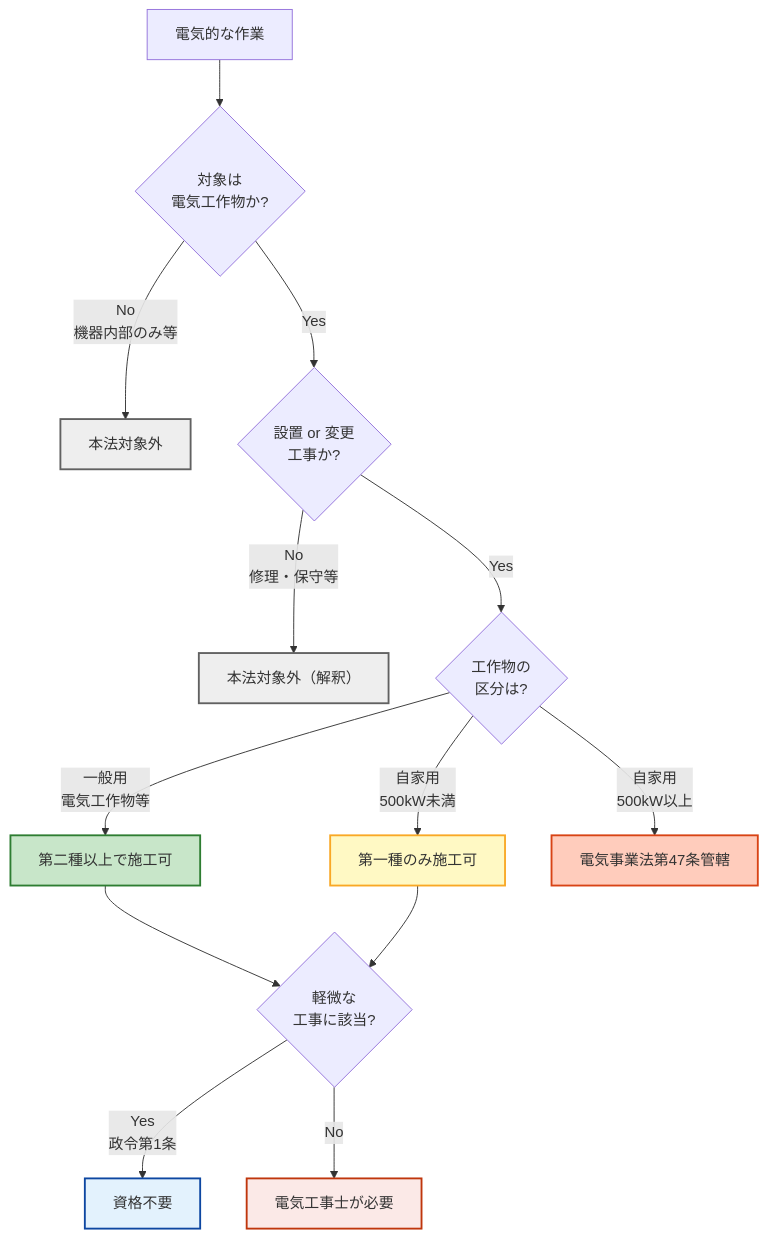
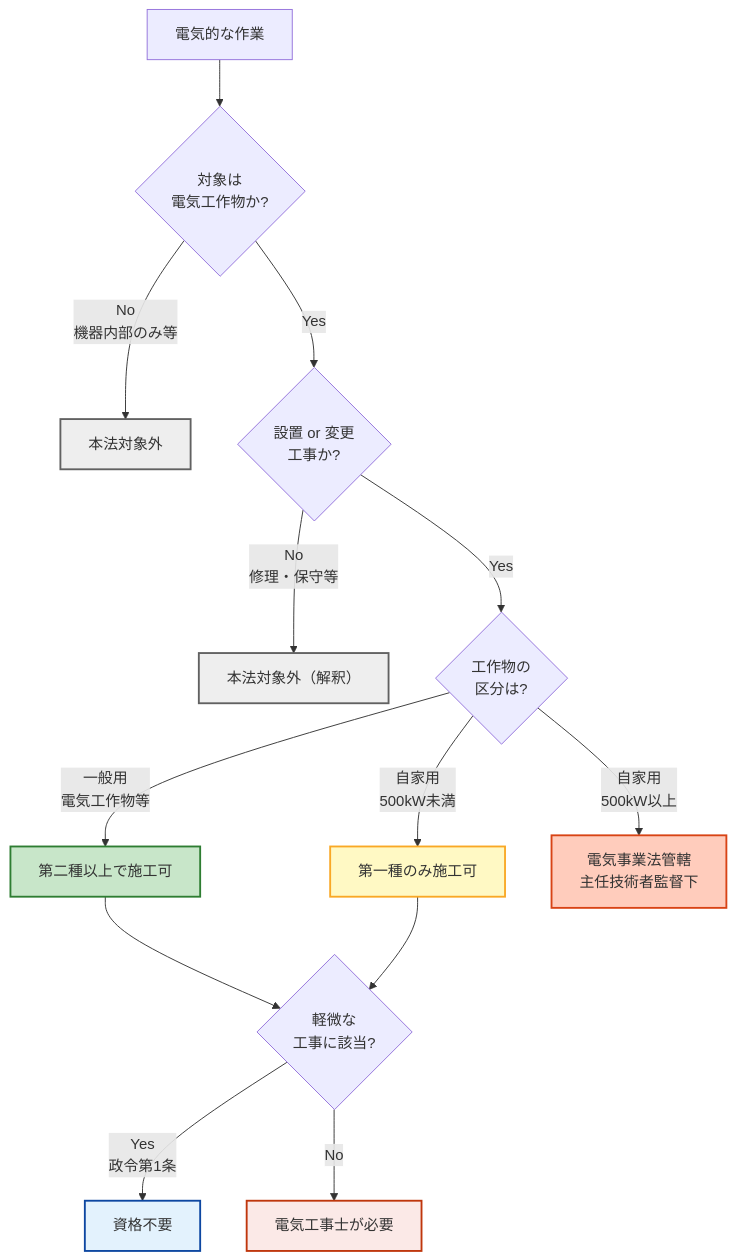
The diagram in docs/articles/other/koji-shi-2.md (kfurufuru/denken-wiki), drawn with Mermaid before and after one commit. The commit also changed other lines of this file, not shown here.

````diff
--- a/docs/articles/other/koji-shi-2.md
+++ b/docs/articles/other/koji-shi-2.md
@@ -203,23 +229,23 @@
 ```mermaid
 flowchart TD
     Start[電気的な作業] --> Q1{対象は<br/>電気工作物か?}
     Q1 -->|No<br/>機器内部のみ等| Out0[本法対象外]
     Q1 -->|Yes| Q2{設置 or 変更<br/>工事か?}
     Q2 -->|No<br/>修理・保守等| Out1[本法対象外（解釈）]
     Q2 -->|Yes| Q3{工作物の<br/>区分は?}
     Q3 -->|一般用<br/>電気工作物等| R1[第二種以上で施工可]
     Q3 -->|自家用<br/>500kW未満| R2[第一種のみ施工可]
-    Q3 -->|自家用<br/>500kW以上| Out2[電気事業法第47条管轄]
+    Q3 -->|自家用<br/>500kW以上| Out2[電気事業法管轄<br/>主任技術者監督下]
     R1 --> Q4{軽微な<br/>工事に該当?}
     R2 --> Q4
     Q4 -->|Yes<br/>政令第1条| Free[資格不要]
     Q4 -->|No| Need[電気工事士が必要]
 
     style Out0 fill:#eeeeee,stroke:#616161,stroke-width:2px
     style Out1 fill:#eeeeee,stroke:#616161,stroke-width:2px
     style Out2 fill:#ffccbc,stroke:#d84315,stroke-width:2px
     style R1 fill:#c8e6c9,stroke:#2e7d32,stroke-width:2px
     style R2 fill:#fff9c4,stroke:#f9a825,stroke-width:2px
     style Free fill:#e3f2fd,stroke:#0d47a1,stroke-width:2px
     style Need fill:#fbe9e7,stroke:#bf360c,stroke-width:2px
 ```
````
